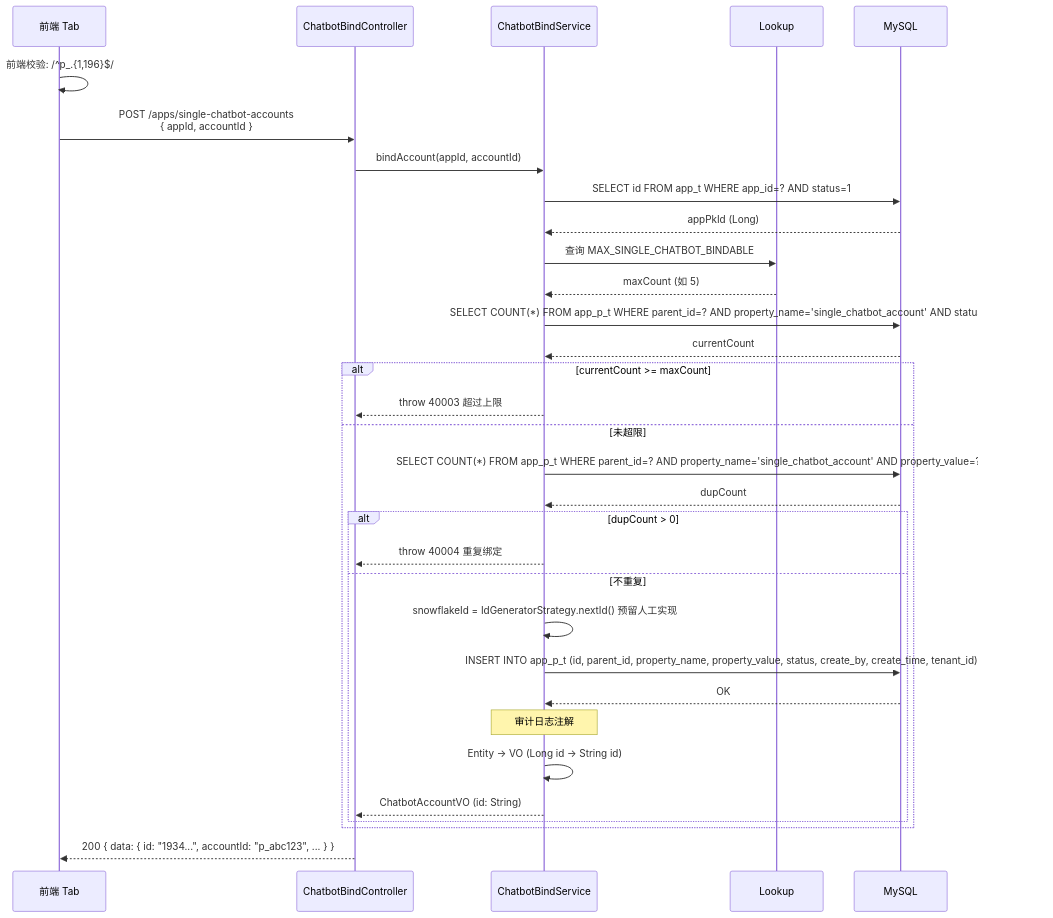
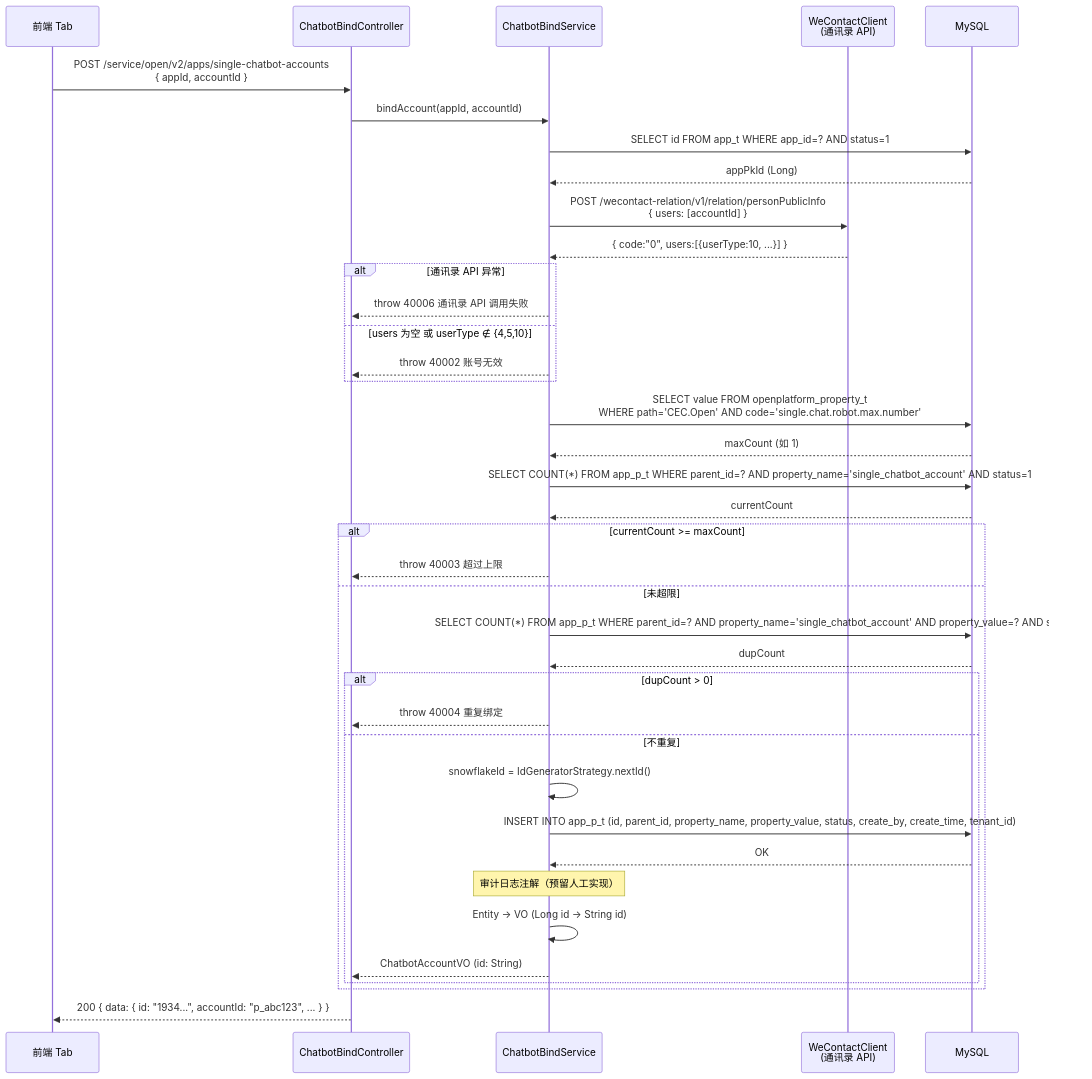
Before and after one commit to THZSummer/open-app: the sixth of 8 diagrams in docs/market-server/app-single-chatbot-bindtab-spec.md, drawn with Mermaid. The commit also changed other lines of this file and 2 other files, not shown here.

First line of the commit message:
feat(chatbot-bindtab): spec v2.0 - contact API validation + tag layout

````diff
--- a/docs/market-server/app-single-chatbot-bindtab-spec.md
+++ b/docs/market-server/app-single-chatbot-bindtab-spec.md
@@ -802,41 +992,49 @@
 ```mermaid
 sequenceDiagram
     participant FE as 前端 Tab
     participant API as ChatbotBindController
     participant Svc as ChatbotBindService
-    participant Lk as Lookup
+    participant WC as WeContactClient<br/>(通讯录 API)
     participant DB as MySQL
 
-    FE->>FE: 前端校验: /^p_.{1,196}$/
-    FE->>API: POST /apps/single-chatbot-accounts<br/>{ appId, accountId }
+    FE->>API: POST /service/open/v2/apps/single-chatbot-accounts<br/>{ appId, accountId }
     API->>Svc: bindAccount(appId, accountId)
 
     Svc->>DB: SELECT id FROM app_t WHERE app_id=? AND status=1
     DB-->>Svc: appPkId (Long)
 
-    Svc->>Lk: 查询 MAX_SINGLE_CHATBOT_BINDABLE
-    Lk-->>Svc: maxCount (如 5)
+    Svc->>WC: POST /wecontact-relation/v1/relation/personPublicInfo<br/>{ users: [accountId] }
+    WC-->>Svc: { code:"0", users:[{userType:10, ...}] }
+
+    alt 通讯录 API 异常
+        Svc-->>API: throw 40006 通讯录 API 调用失败
+    else users 为空 或 userType ∉ {4,5,10}
+        Svc-->>API: throw 40002 账号无效
+    end
+
+    Svc->>DB: SELECT value FROM openplatform_property_t<br/>WHERE path='CEC.Open' AND code='single.chat.robot.max.number'
+    DB-->>Svc: maxCount (如 1)
 
     Svc->>DB: SELECT COUNT(*) FROM app_p_t WHERE parent_id=? AND property_name='single_chatbot_account' AND status=1
     DB-->>Svc: currentCount
 
     alt currentCount >= maxCount
         Svc-->>API: throw 40003 超过上限
     else 未超限
         Svc->>DB: SELECT COUNT(*) FROM app_p_t WHERE parent_id=? AND property_name='single_chatbot_account' AND property_value=? AND status=1
         DB-->>Svc: dupCount
 
         alt dupCount > 0
             Svc-->>API: throw 40004 重复绑定
         else 不重复
-            Svc->>Svc: snowflakeId = IdGeneratorStrategy.nextId() 预留人工实现
+            Svc->>Svc: snowflakeId = IdGeneratorStrategy.nextId()
             Svc->>DB: INSERT INTO app_p_t (id, parent_id, property_name, property_value, status, create_by, create_time, tenant_id)
             DB-->>Svc: OK
-            Note over Svc: 审计日志注解
+            Note over Svc: 审计日志注解（预留人工实现）
             Svc->>Svc: Entity → VO (Long id → String id)
             Svc-->>API: ChatbotAccountVO (id: String)
         end
     end
 
     API-->>FE: 200 { data: { id: "1934...", accountId: "p_abc123", ... } }
 ```
````
